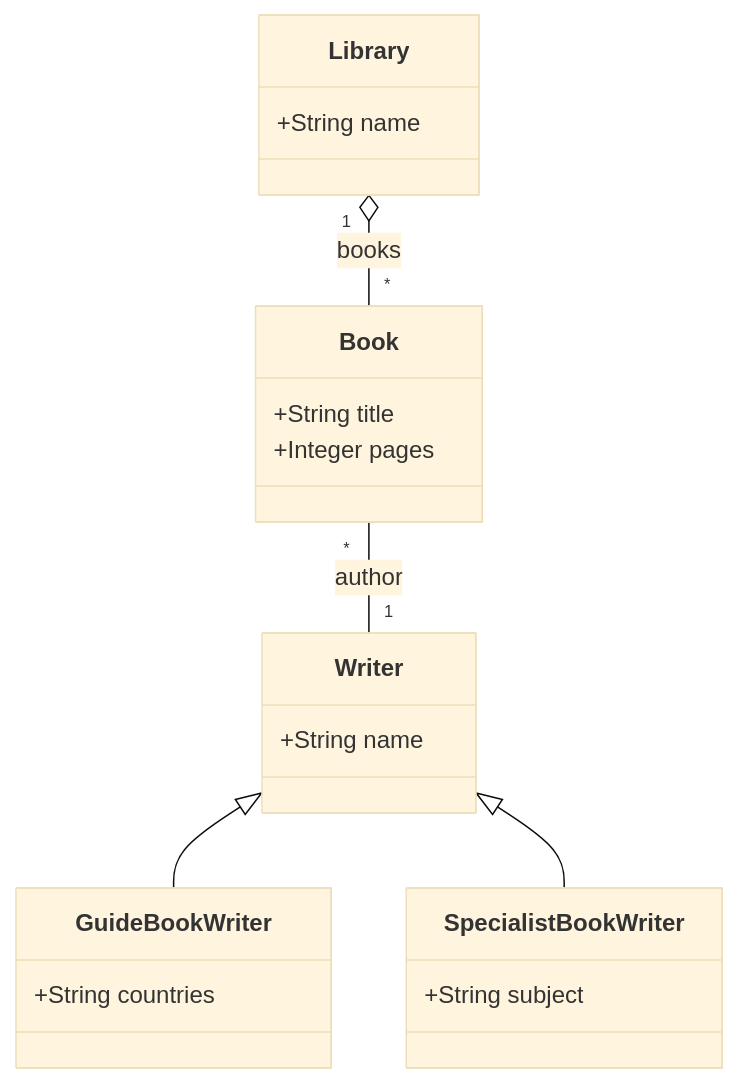
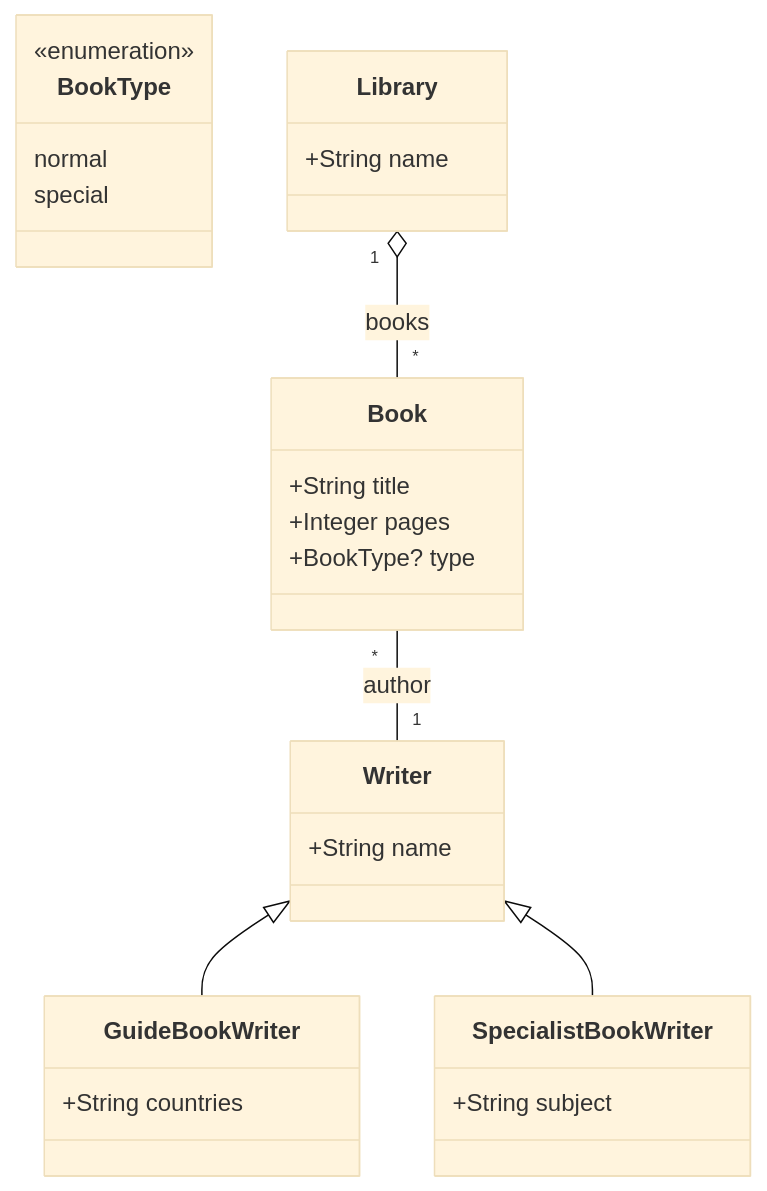
One commit to LionWeb-io/lionweb-typescript changed the diagram in diagrams/library-gen.md. Above: the diagram before and after it, drawn with Mermaid (base theme). The commit also changed 4 other files, not shown here.

````diff
--- a/diagrams/library-gen.md
+++ b/diagrams/library-gen.md
@@ -1,34 +1,42 @@
 ```mermaid
 classDiagram
 
   class Book {
     +String title
     +Integer pages
+    +BookType? type
+  }
+
+  class BookType {
+    <<enumeration>>
+    normal
+    special
   }
 
   class GuideBookWriter {
     +String countries
   }
   Writer <|-- GuideBookWriter
 
   class Library {
     +String name
   }
 
   class SpecialistBookWriter {
     +String subject
   }
   Writer <|-- SpecialistBookWriter
 
   class Writer {
     +String name
   }
 
 
   Book "*" -- "1" Writer: author
 
+
   Library "1" o-- "*" Book: books
 
 
 
 ```
````
